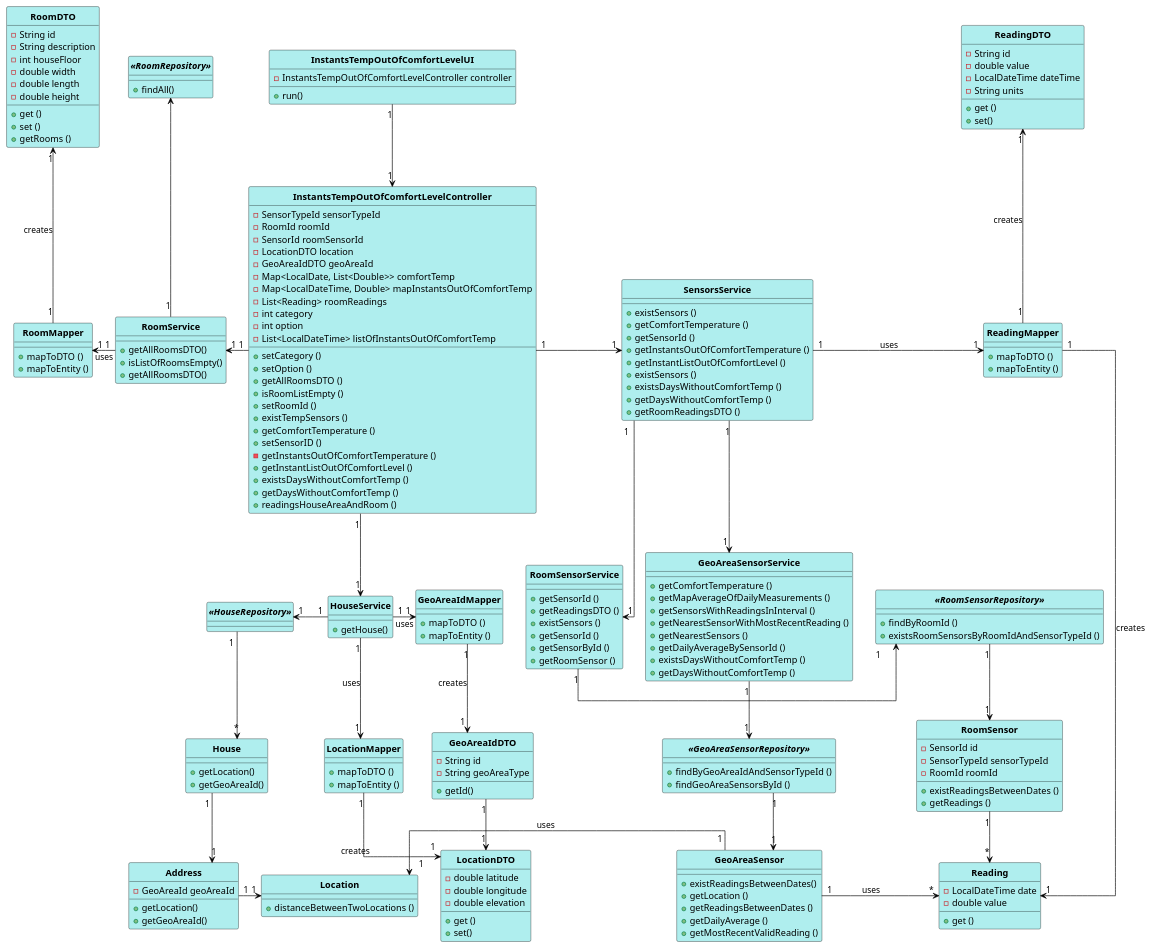
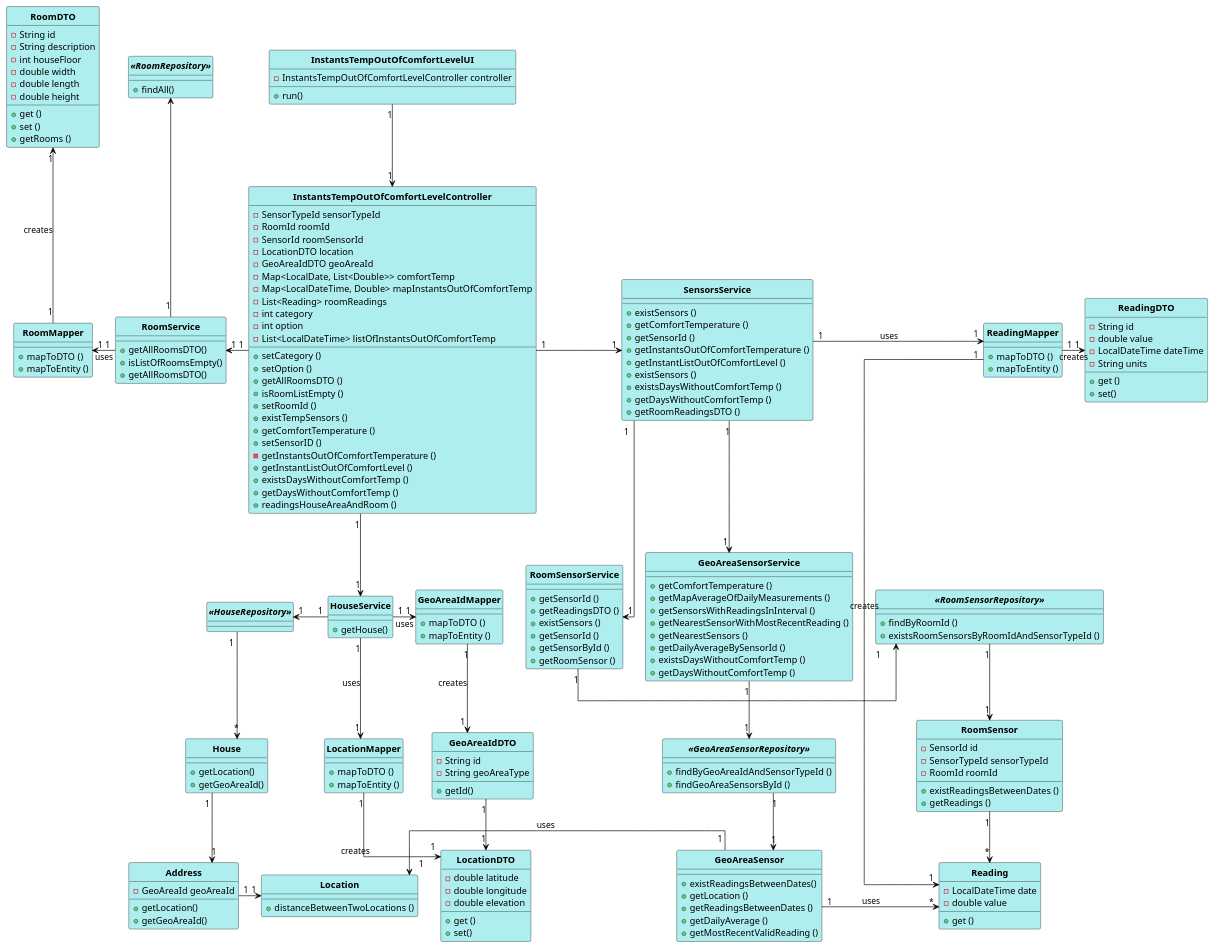
Before and after one commit to 1181687/hateoasToy: the diagram in src/main/java/pt/ipp/isep/dei/project/controllers/instantstempoutofcomfortlevelcontroller/CD_InstantsTempOutOfComfortLevel.puml, drawn with PlantUML.

Commit message:
Fixes #233 - completing class diagram

```diff
--- a/src/main/java/pt/ipp/isep/dei/project/controllers/instantstempoutofcomfortlevelcontroller/CD_InstantsTempOutOfComfortLevel.puml
+++ b/src/main/java/pt/ipp/isep/dei/project/controllers/instantstempoutofcomfortlevelcontroller/CD_InstantsTempOutOfComfortLevel.puml
@@ -32,7 +32,7 @@
 Address "1" -right-> "1" Location
 SensorsService "1" -> "1" ReadingMapper: uses
 ReadingMapper "1" -> "1" Reading: creates
-ReadingMapper "1" -up-> "1" ReadingDTO: creates
+ReadingMapper "1" -right-> "1" ReadingDTO: creates
 RoomService "1" -left-> "1" RoomMapper: uses
 RoomMapper "1" -up-> "1" RoomDTO: creates
 HouseService "1" --> "1" LocationMapper: uses
```
